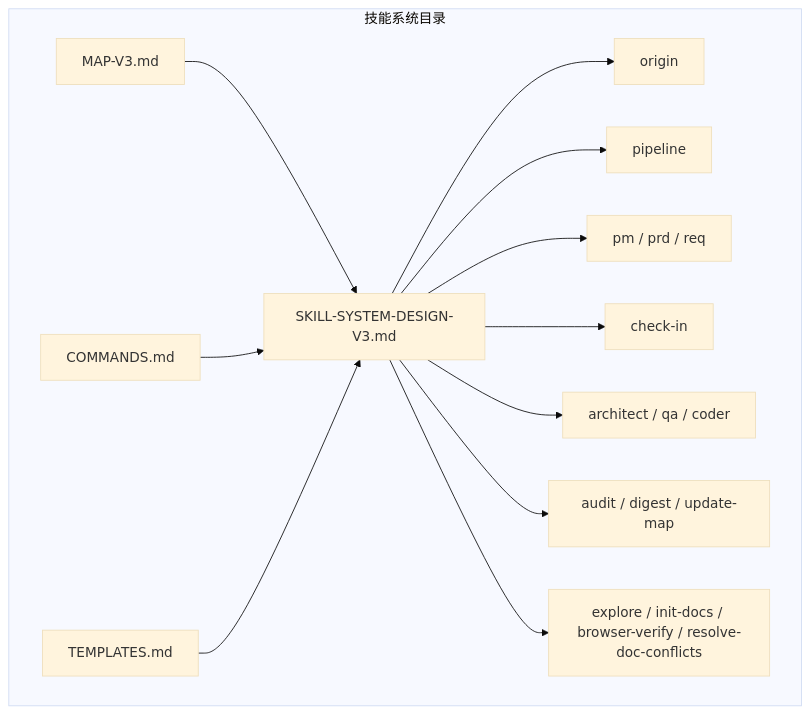
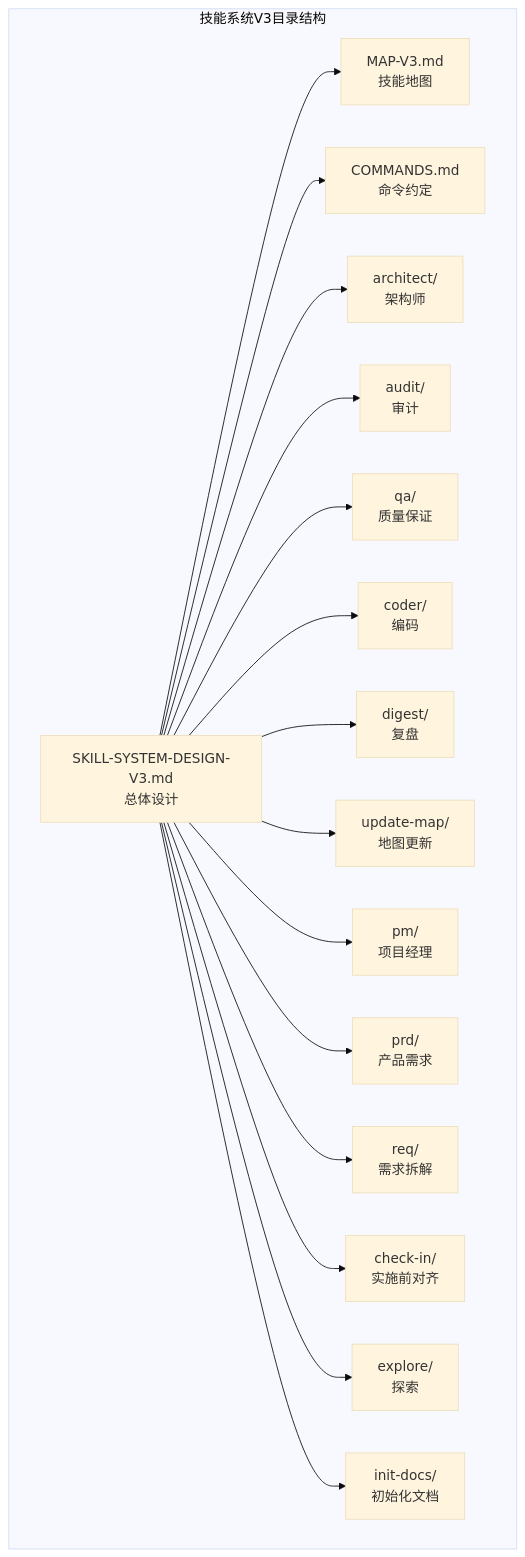
The first of 4 diagrams in .qoder/repowiki/zh/content/技能系统架构/技能系统架构.md (CryptoLinxu/Web3-AI-Agent), drawn with Mermaid (base theme) before and after one commit. The commit also changed other lines of this file and 15 other files, not shown here.

````diff
--- a/.qoder/repowiki/zh/content/技能系统架构/技能系统架构.md
+++ b/.qoder/repowiki/zh/content/技能系统架构/技能系统架构.md
@@ -36,26 +48,34 @@
 ```mermaid
 graph TB
-subgraph "技能系统目录"
-A["SKILL-SYSTEM-DESIGN-V3.md"]
-B["MAP-V3.md"]
-C["COMMANDS.md"]
-D["TEMPLATES.md"]
-E["origin"]
-F["pipeline"]
-G["pm / prd / req"]
-H["check-in"]
-I["architect / qa / coder"]
-J["audit / digest / update-map"]
-K["explore / init-docs / browser-verify / resolve-doc-conflicts"]
+subgraph "技能系统V3目录结构"
+A["SKILL-SYSTEM-DESIGN-V3.md<br/>总体设计"]
+B["MAP-V3.md<br/>技能地图"]
+C["COMMANDS.md<br/>命令约定"]
+D["architect/<br/>架构师"]
+E["audit/<br/>审计"]
+F["qa/<br/>质量保证"]
+G["coder/<br/>编码"]
+H["digest/<br/>复盘"]
+I["update-map/<br/>地图更新"]
+J["pm/<br/>项目经理"]
+K["prd/<br/>产品需求"]
+L["req/<br/>需求拆解"]
+M["check-in/<br/>实施前对齐"]
+N["explore/<br/>探索"]
+O["init-docs/<br/>初始化文档"]
 end
+A --> B
+A --> C
+A --> D
 A --> E
 A --> F
 A --> G
 A --> H
 A --> I
 A --> J
 A --> K
-B --> A
-C --> A
-D --> A
+A --> L
+A --> M
+A --> N
+A --> O
 ```
````
